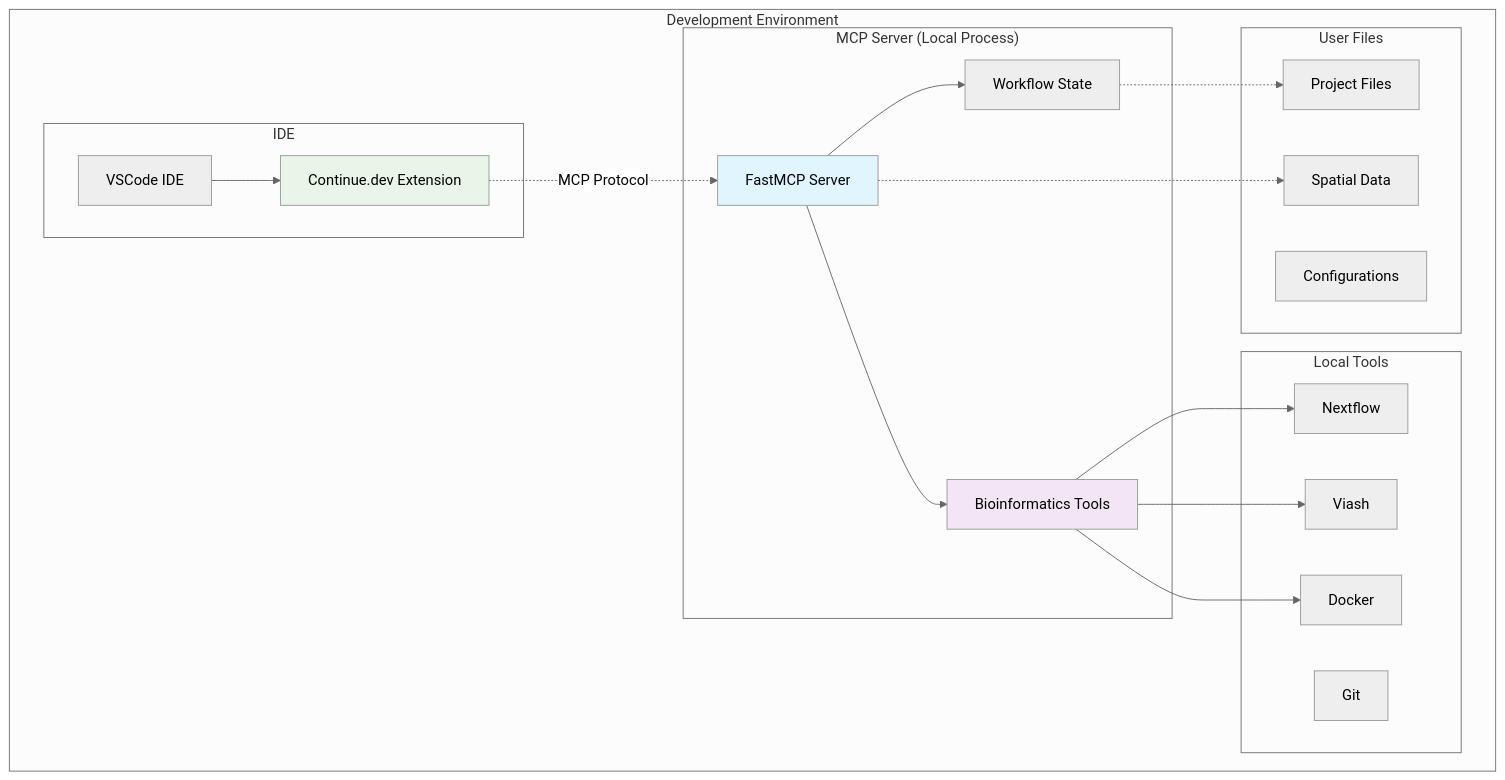
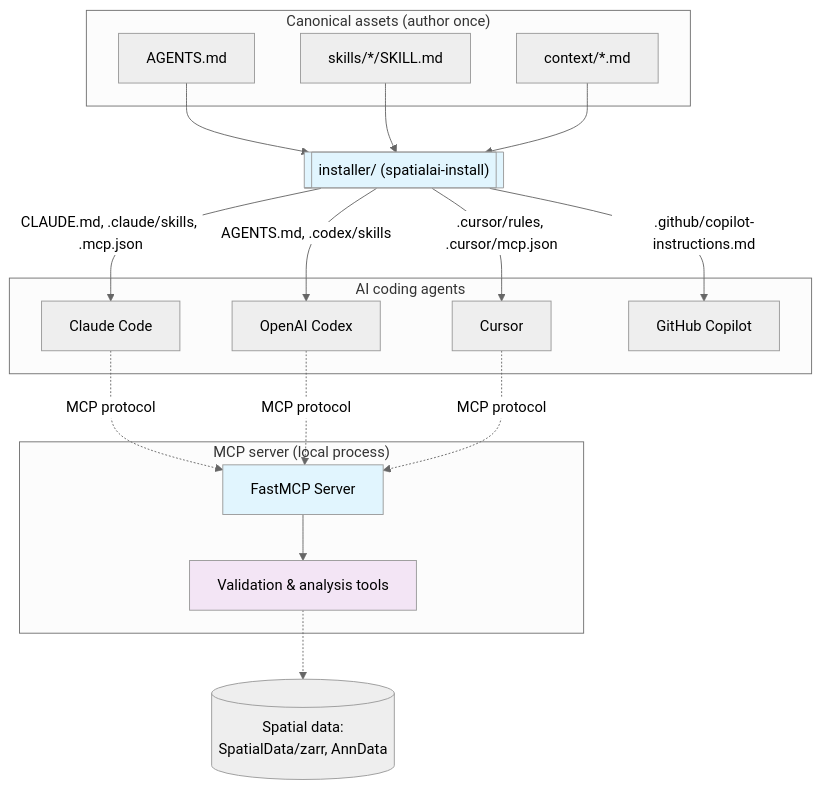
Before and after one commit to Rebell-Leader/SpatialAI_MCP: the diagram in README.md, drawn with Mermaid (neutral theme). The commit also changed other lines of this file and 58 other files, not shown here.

First line of the commit message:
Restructure as provider-agnostic co-pilot with skill installer (#2)

````diff
--- a/README.md
+++ b/README.md
@@ -63,42 +84,39 @@
 ```mermaid
 graph TB
-    subgraph "Development Environment"
-        subgraph "IDE"
-            VSCode[VSCode IDE]
-            Continue[Continue.dev Extension]
-            VSCode --> Continue
-        end
-
-        subgraph "MCP Server (Local Process)"
-            MCP[FastMCP Server]
-            Tools[Bioinformatics Tools]
-            State[Workflow State]
-            MCP --> Tools
-            MCP --> State
-        end
-
-        subgraph "Local Tools"
-            Nextflow[Nextflow]
-            Viash[Viash]
-            Docker[Docker]
-            Git[Git]
-        end
-
-        subgraph "User Files"
-            Workspace[Project Files]
-            Data[Spatial Data]
-            Configs[Configurations]
-        end
+    subgraph Canonical["Canonical assets (author once)"]
+        Agents[AGENTS.md]
+        Skills[skills/*/SKILL.md]
+        Ctx[context/*.md]
     end
 
-    Continue -.->|MCP Protocol| MCP
-    Tools --> Nextflow
-    Tools --> Viash
-    Tools --> Docker
-    State -.-> Workspace
-    MCP -.-> Data
+    Installer[["installer/ (spatialai-install)"]]
+    Agents --> Installer
+    Skills --> Installer
+    Ctx --> Installer
 
+    subgraph Agents_["AI coding agents"]
+        Claude[Claude Code]
+        Codex[OpenAI Codex]
+        Cursor[Cursor]
+        Copilot[GitHub Copilot]
+    end
+    Installer -->|CLAUDE.md, .claude/skills, .mcp.json| Claude
+    Installer -->|AGENTS.md, .codex/skills| Codex
+    Installer -->|.cursor/rules, .cursor/mcp.json| Cursor
+    Installer -->|.github/copilot-instructions.md| Copilot
+
+    subgraph Server["MCP server (local process)"]
+        MCP[FastMCP Server]
+        Val[Validation & analysis tools]
+        MCP --> Val
+    end
+    Claude -.->|MCP protocol| MCP
+    Codex -.->|MCP protocol| MCP
+    Cursor -.->|MCP protocol| MCP
+
+    Val -.-> Data[(Spatial data:\nSpatialData/zarr, AnnData)]
+
+    style Installer fill:#e1f5fe
     style MCP fill:#e1f5fe
-    style Tools fill:#f3e5f5
-    style Continue fill:#e8f5e8
+    style Val fill:#f3e5f5
 ```
````
